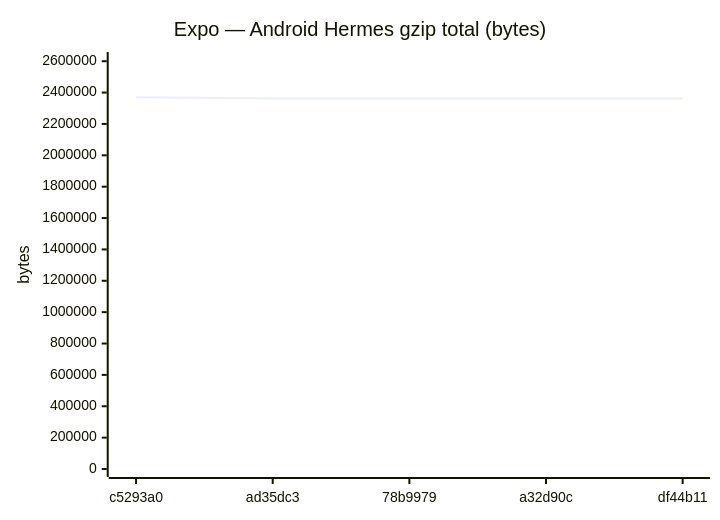
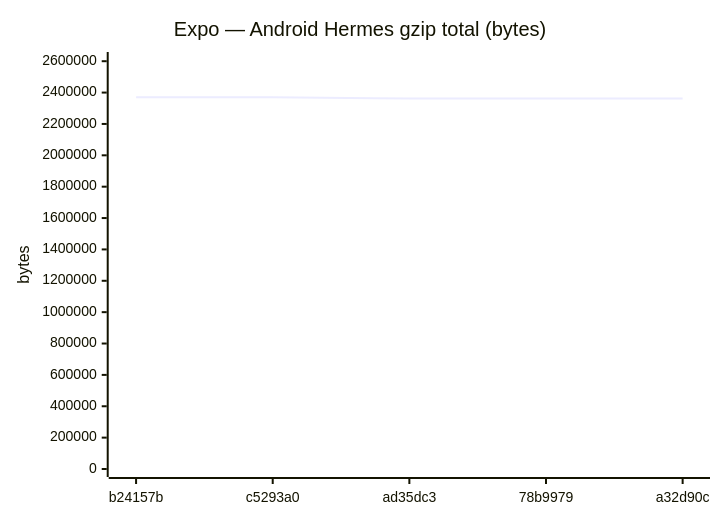
One commit to Metaheurist/Rianell changed diagram 15 of 24 in benchmarks/compare.md. Above: the diagram before and after it, drawn with Mermaid. The commit also changed other lines of this file and 14 other files, not shown here.

````diff
--- a/benchmarks/compare.md
+++ b/benchmarks/compare.md
@@ -221,7 +221,7 @@
 ```mermaid
 xychart-beta
     title "Expo — Android Hermes gzip total (bytes)"
-    x-axis ["c5293a0", "ad35dc3", "78b9979", "a32d90c", "df44b11"]
+    x-axis ["b24157b", "c5293a0", "ad35dc3", "78b9979", "a32d90c"]
     y-axis "bytes" 0 --> 2607698
-    line [2370634, 2362082, 2362084, 2362047, 2362047]
+    line [2370632, 2370634, 2362082, 2362084, 2362047]
 ```
````
